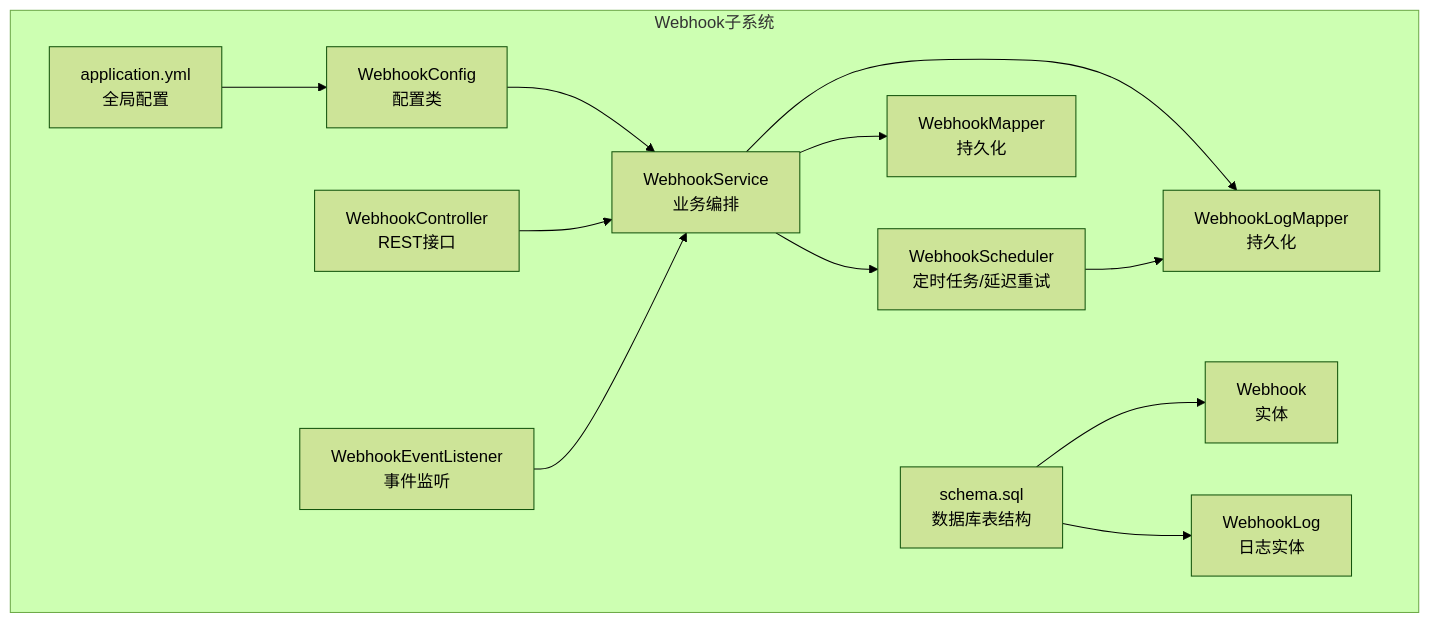
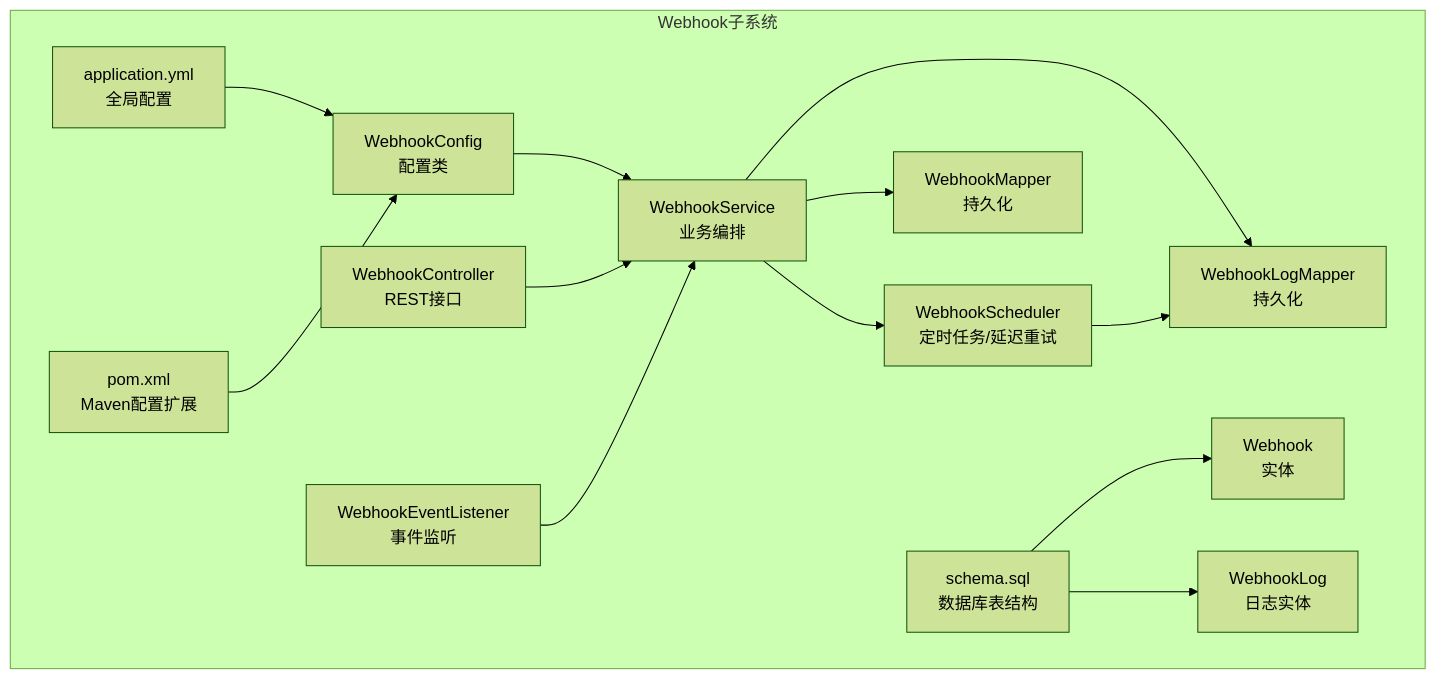
One commit to liming-lihaini/workflow changed the first of 3 diagrams in .qoder/repowiki/zh/content/扩展开发指南/Webhook事件集成.md. Above: the diagram before and after it, drawn with Mermaid (forest theme). The commit also changed other lines of this file and 9 other files, not shown here.

````diff
--- a/.qoder/repowiki/zh/content/扩展开发指南/Webhook事件集成.md
+++ b/.qoder/repowiki/zh/content/扩展开发指南/Webhook事件集成.md
@@ -44,26 +54,28 @@
 ```mermaid
 graph TB
 subgraph "Webhook子系统"
 C["WebhookConfig<br/>配置类"]
 Ctrl["WebhookController<br/>REST接口"]
 Svc["WebhookService<br/>业务编排"]
 Sch["WebhookScheduler<br/>定时任务/延迟重试"]
 Lsn["WebhookEventListener<br/>事件监听"]
 EntW["Webhook<br/>实体"]
 EntL["WebhookLog<br/>日志实体"]
 MapW["WebhookMapper<br/>持久化"]
 MapL["WebhookLogMapper<br/>持久化"]
 AppYml["application.yml<br/>全局配置"]
 Schema["schema.sql<br/>数据库表结构"]
+Pom["pom.xml<br/>Maven配置扩展"]
 end
 C --> Svc
 Ctrl --> Svc
 Svc --> Sch
 Svc --> MapW
 Svc --> MapL
 Lsn --> Svc
 Sch --> MapL
 AppYml --> C
 Schema --> EntW
 Schema --> EntL
+Pom --> C
 ```
````
